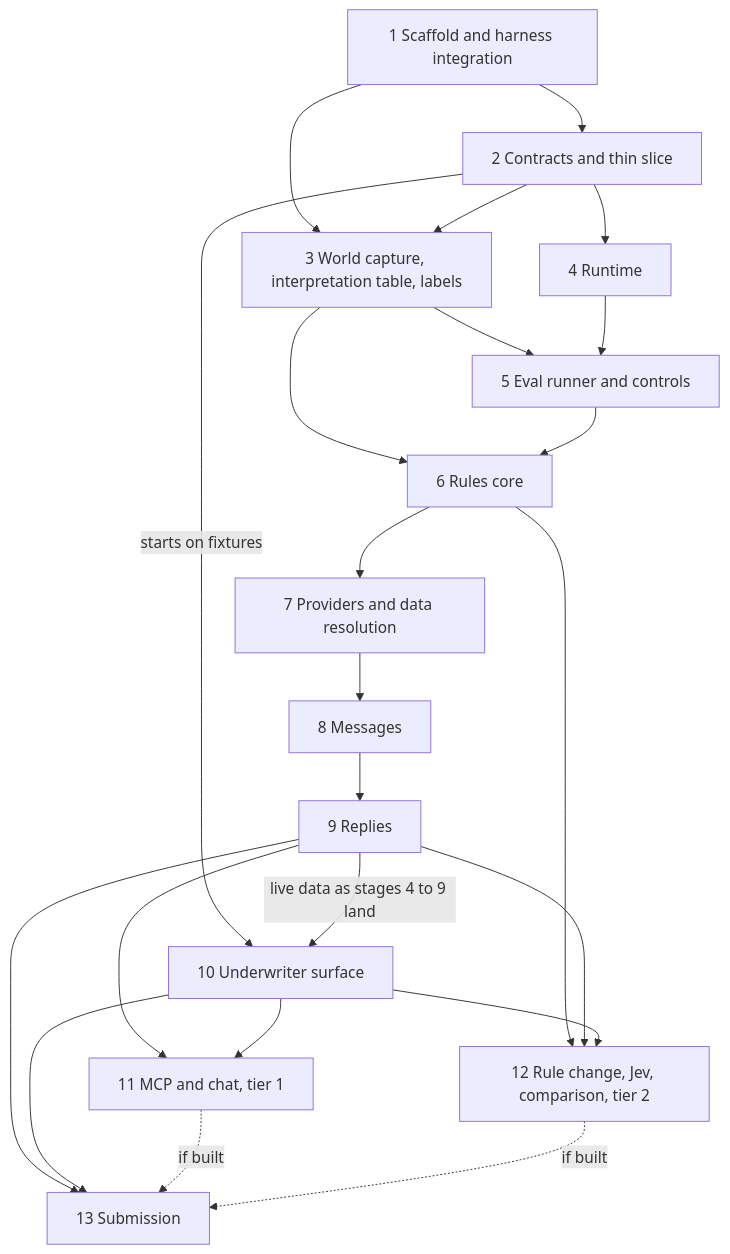
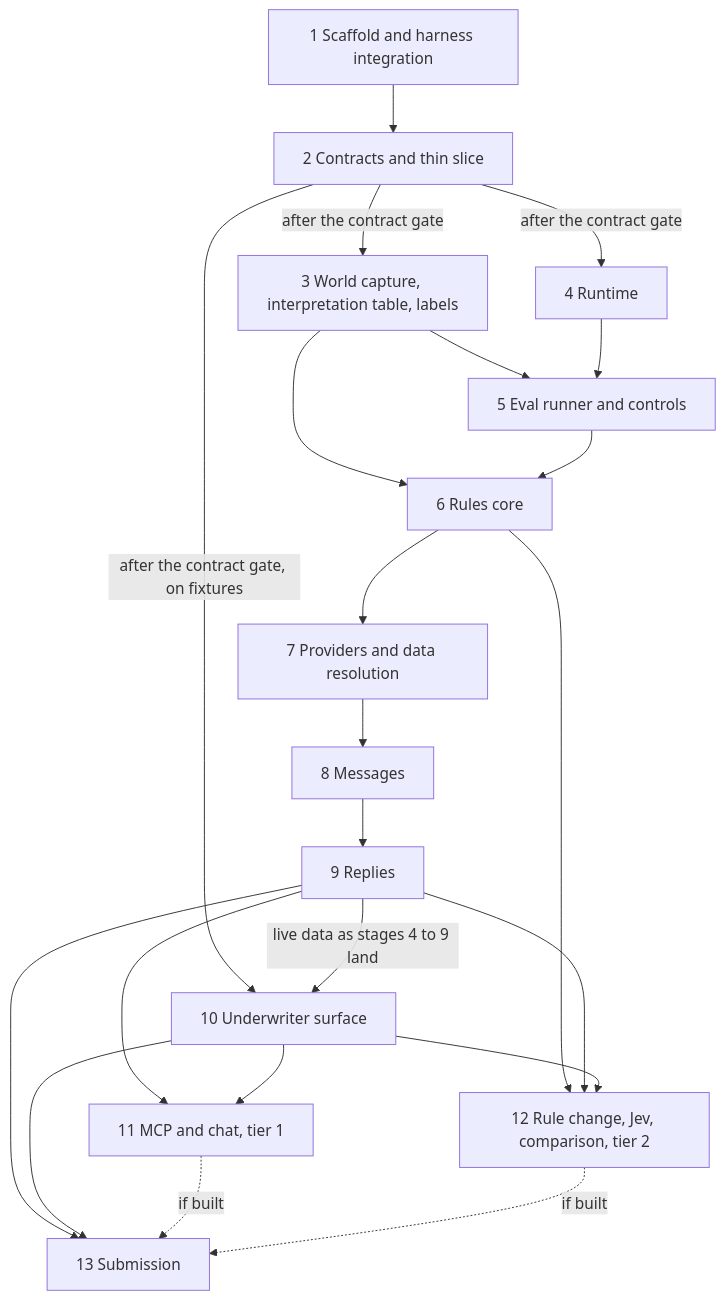
Before and after one commit to bcornick/cornick-stand-takehome-assessment-submission: the diagram in docs/plan.md, drawn with Mermaid. The commit also changed other lines of this file and 12 other files, not shown here.

````diff
--- a/docs/plan.md
+++ b/docs/plan.md
@@ -7,25 +7,24 @@
 ```mermaid
 flowchart TD
     S1["1 Scaffold and harness integration"] --> S2["2 Contracts and thin slice"]
-    S1 --> S3["3 World capture, interpretation table, labels"]
-    S2 --> S3
-    S2 --> S4["4 Runtime"]
+    S2 -->|after the contract gate| S3["3 World capture, interpretation table, labels"]
+    S2 -->|after the contract gate| S4["4 Runtime"]
     S3 --> S5["5 Eval runner and controls"]
     S4 --> S5
     S3 --> S6["6 Rules core"]
     S5 --> S6
     S6 --> S7["7 Providers and data resolution"]
     S7 --> S8["8 Messages"]
     S8 --> S9["9 Replies"]
-    S2 -->|starts on fixtures| S10["10 Underwriter surface"]
+    S2 -->|after the contract gate, on fixtures| S10["10 Underwriter surface"]
     S9 -->|live data as stages 4 to 9 land| S10
     S9 --> S11["11 MCP and chat, tier 1"]
     S10 --> S11
     S6 --> S12["12 Rule change, Jev, comparison, tier 2"]
     S9 --> S12
     S10 --> S12
     S9 --> S13["13 Submission"]
     S10 --> S13
     S11 -.->|if built| S13
     S12 -.->|if built| S13
 ```
````
